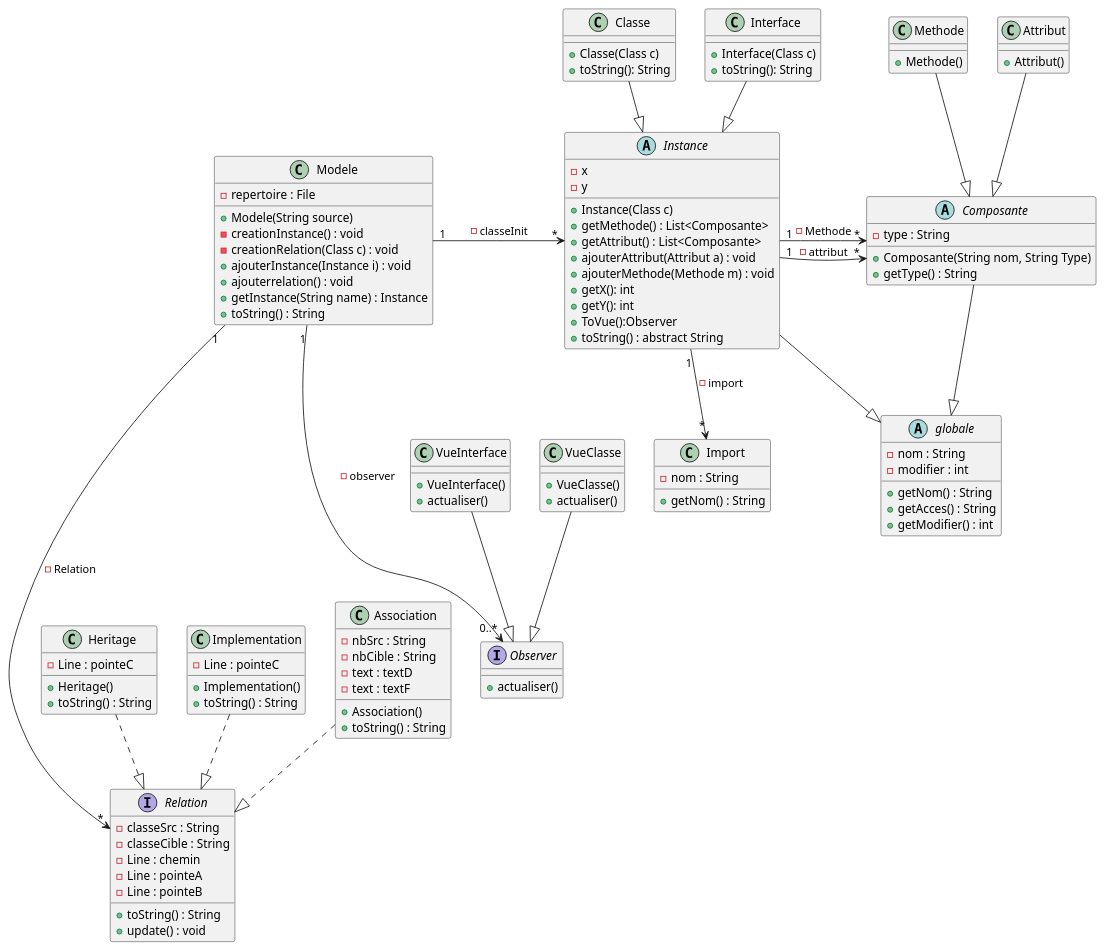
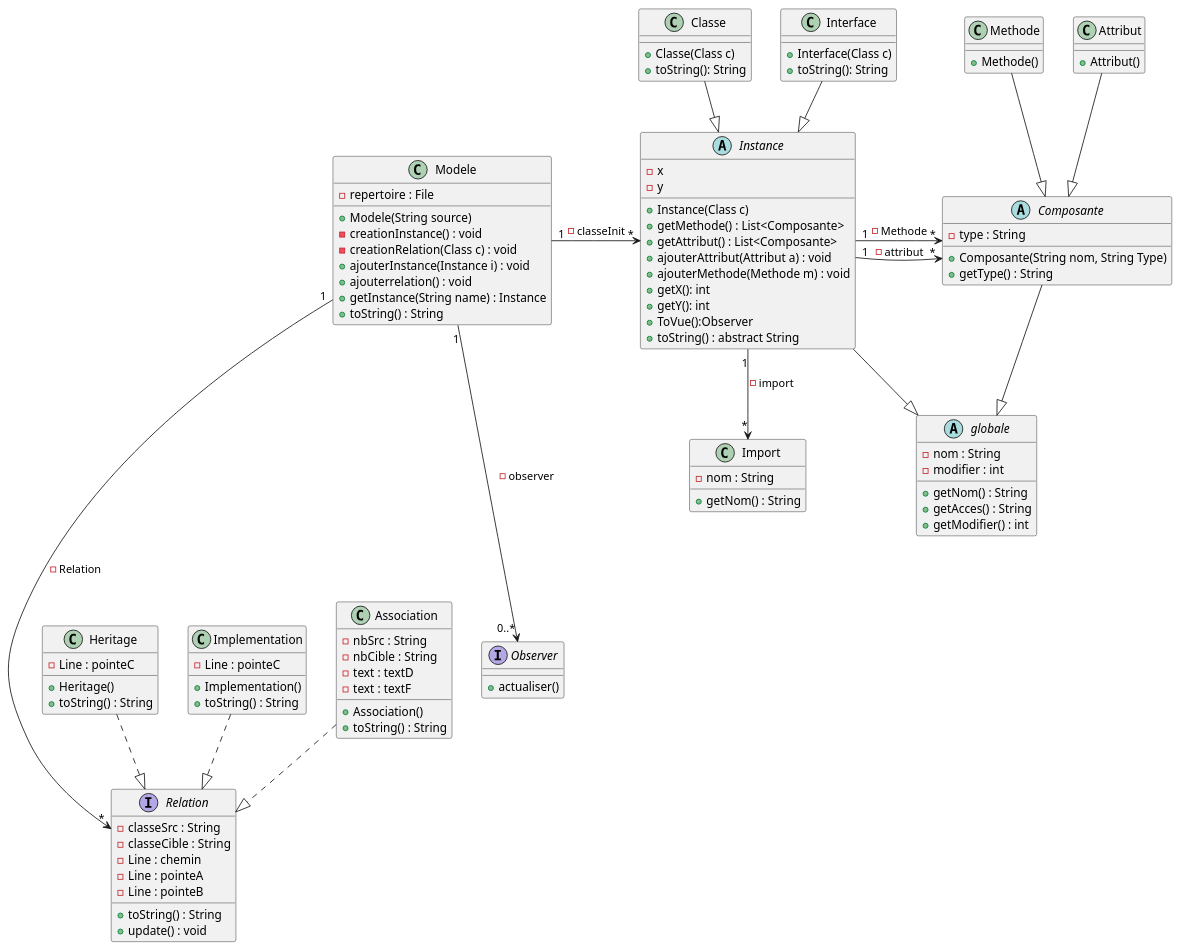
Before and after one commit to Cedran-Bastien/GENERATION-AUTOMATIQUE-DE-DIAGRAMME-DE-CLASSES: the diagram in demo/Conception/Sprint_2/Class_2.puml, drawn with PlantUML.

Commit message:
mise a jour diagramme de classe

```diff
--- a/demo/Conception/Sprint_2/Class_2.puml
+++ b/demo/Conception/Sprint_2/Class_2.puml
@@ -1,129 +1,117 @@
 @startuml
 'https://plantuml.com/sequence-diagram
 
 abstract Instance{
     - x
     - y
     +Instance(Class c)
     +getMethode() : List<Composante>
     +getAttribut() : List<Composante>
     +ajouterAttribut(Attribut a) : void
     +ajouterMethode(Methode m) : void
     +getX(): int
     +getY(): int
     +ToVue():Observer
     +toString() : abstract String
 }
 
 class Classe{
     +Classe(Class c)
     +toString(): String
 }
 
 class Interface{
     +Interface(Class c)
     +toString(): String
 }
 
 abstract Composante{
     -type : String
     +Composante(String nom, String Type)
     +getType() : String
 
 }
 
 class Methode{
     +Methode()
 }
 
 class Attribut{
     +Attribut()
 }
 
 class Import{
     -nom : String
     +getNom() : String
 }
 
 class Modele{
     -repertoire : File
     +Modele(String source)
     -creationInstance() : void
     -creationRelation(Class c) : void
     +ajouterInstance(Instance i) : void
     +ajouterrelation() : void
     +getInstance(String name) : Instance
     +toString() : String
 }
 
 interface Relation{
     -classeSrc : String
     -classeCible : String
     -Line : chemin
     -Line : pointeA
     -Line : pointeB
     +toString() : String
     +update() : void
 }
 
 class Heritage{
     -Line : pointeC
     +Heritage()
     +toString() : String
 }
 
 class Implementation{
     -Line : pointeC
     +Implementation()
     +toString() : String
 }
 
 class Association {
     -nbSrc : String
     -nbCible : String
     -text : textD
     -text : textF
     +Association()
     +toString() : String
 }
 
 abstract globale{
     -nom : String
     -modifier : int
     +getNom() : String
     +getAcces() : String
     +getModifier() : int
 }
 
 interface Observer{
     +actualiser()
 }
 
-class VueInterface{
-    +VueInterface()
-    +actualiser()
-}
-
-class VueClasse{
-    +VueClasse()
-    +actualiser()
-}
-
-VueClasse --|> Observer
-VueInterface --|> Observer
 Modele "1" ---> "0..*" Observer : -observer
 Instance--|>globale
 Composante--|>globale
 Modele "1" -> "*" Instance  : -classeInit
 Instance "1" -> "*" Composante : -attribut
 Instance "1" -> "*" Composante : -Methode
 Instance "1" --> "*" Import : -import
 Classe --|> Instance
 Interface --|> Instance
 Methode --|> Composante
 Attribut --|> Composante
 Modele "1" ----> "*"  Relation : -Relation
 Association ..|> Relation
 Heritage ..|> Relation
 Implementation ..|> Relation
 @enduml
```
